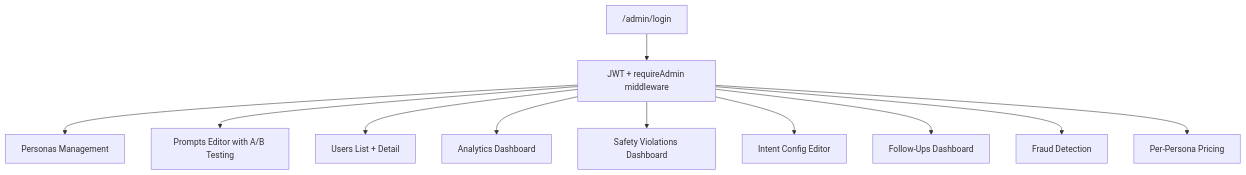
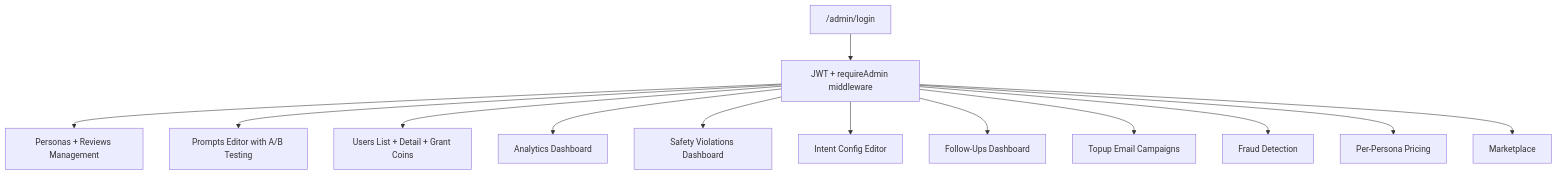
One commit to Rober7640/The-Seer-Within-V2 changed the ninth of 10 diagrams in docs/ARCHITECTURE.md. Above: the diagram before and after it, drawn with Mermaid. The commit also changed other lines of this file and 199 other files, not shown here.

````diff
--- a/docs/ARCHITECTURE.md
+++ b/docs/ARCHITECTURE.md
@@ -645,13 +624,15 @@
 ```mermaid
 flowchart TB
     AdminLogin["/admin/login"] --> AdminAuth["JWT + requireAdmin middleware"]
-    AdminAuth --> PersonasMgmt["Personas Management"]
+    AdminAuth --> PersonasMgmt["Personas + Reviews Management"]
     AdminAuth --> PromptsMgmt["Prompts Editor with A/B Testing"]
-    AdminAuth --> UsersMgmt["Users List + Detail"]
+    AdminAuth --> UsersMgmt["Users List + Detail + Grant Coins"]
     AdminAuth --> Analytics["Analytics Dashboard"]
     AdminAuth --> Safety["Safety Violations Dashboard"]
     AdminAuth --> IntentConfig["Intent Config Editor"]
     AdminAuth --> FollowUps["Follow-Ups Dashboard"]
+    AdminAuth --> TopupEmails["Topup Email Campaigns"]
     AdminAuth --> FraudView["Fraud Detection"]
     AdminAuth --> Pricing["Per-Persona Pricing"]
+    AdminAuth --> Marketplace["Marketplace"]
 ```
````
